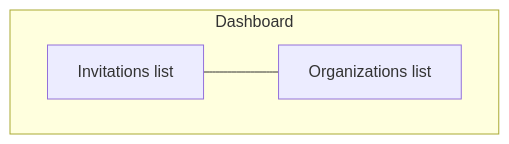
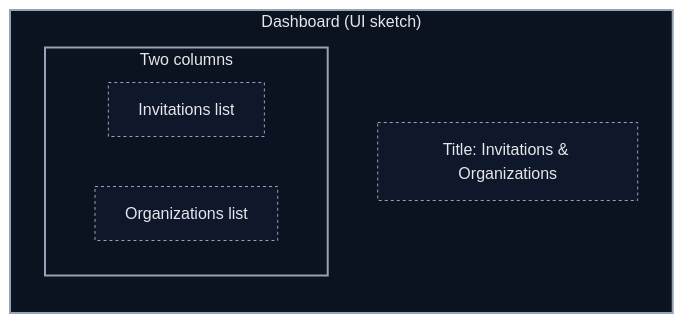
The third of 10 diagrams in README.md (TaurasGG/altpro), drawn with Mermaid before and after one commit. The commit also changed other lines of this file, not shown here.

````diff
--- a/README.md
+++ b/README.md
@@ -86,8 +93,15 @@
 ```mermaid
-flowchart TD
-  subgraph Dashboard["Dashboard"]
-    INV["Invitations list"]
-    ORG["Organizations list"]
+flowchart LR
+  classDef container stroke:#94a3b8,fill:#0b1220,stroke-width:2,color:#e5e7eb;
+  classDef component stroke:#94a3b8,fill:#0f172a,stroke-dasharray:3 3,color:#e5e7eb,stroke-width:1;
+  subgraph Page["Dashboard (UI sketch)"]
+    direction TB
+    Header["Title: Invitations & Organizations"]
+    subgraph Grid["Two columns"]
+      INV["Invitations list"]
+      ORG["Organizations list"]
+    end
   end
-  INV --- ORG
+  class Page,Grid container
+  class Header,INV,ORG component
 ```
````
